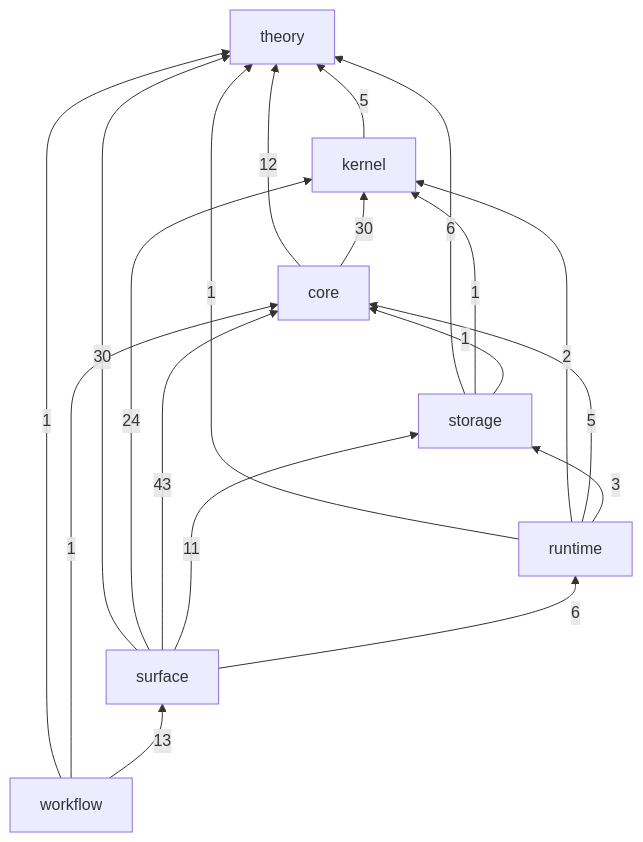
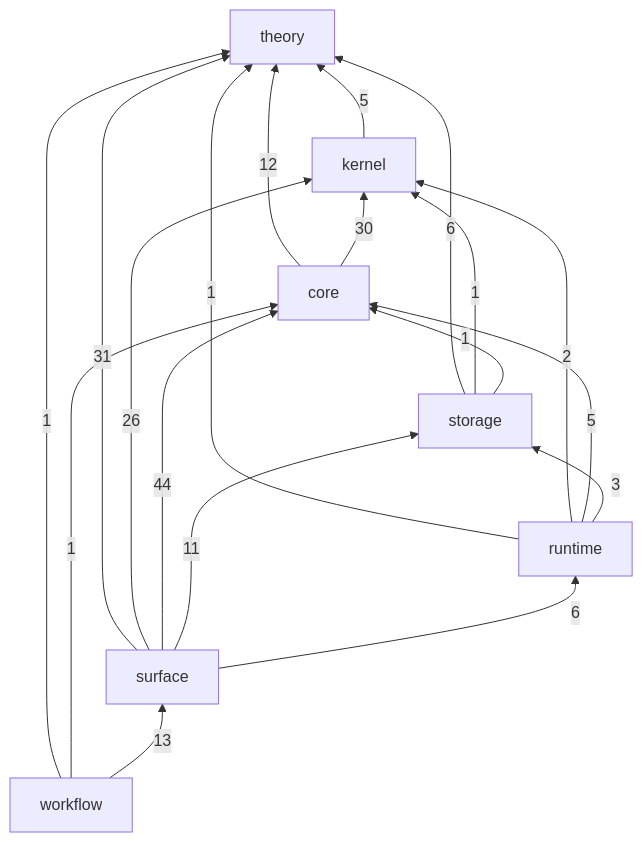
Before and after one commit to gandr-lang/gandr: the diagram in ledger/README.md, drawn with Mermaid. The commit also changed 38 other files, not shown here.

````diff
--- a/ledger/README.md
+++ b/ledger/README.md
@@ -28,28 +28,28 @@
 ```mermaid
 flowchart BT
   theory
   kernel
   core
   storage
   runtime
   surface
   workflow
   kernel -->|5| theory
   core -->|12| theory
   core -->|30| kernel
   storage -->|6| theory
   storage -->|1| kernel
   storage -->|1| core
   runtime -->|1| theory
   runtime -->|2| kernel
   runtime -->|5| core
   runtime -->|3| storage
-  surface -->|30| theory
-  surface -->|24| kernel
-  surface -->|43| core
+  surface -->|31| theory
+  surface -->|26| kernel
+  surface -->|44| core
   surface -->|11| storage
   surface -->|6| runtime
   workflow -->|1| theory
   workflow -->|1| core
   workflow -->|13| surface
 ```
````
